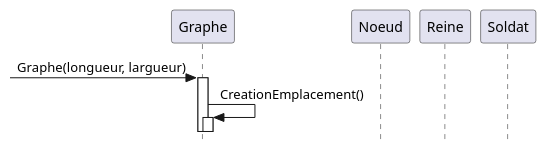
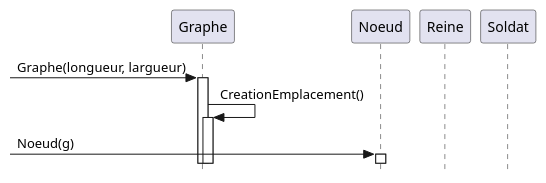
Before and after one commit to jvondermarck/ant-colony: the diagram in plantUML/V1/Fourmis_DS_Iteration.puml, drawn with PlantUML. The commit also changed 10 other files, not shown here.

```diff
--- a/plantUML/V1/Fourmis_DS_Iteration.puml
+++ b/plantUML/V1/Fourmis_DS_Iteration.puml
@@ -1,19 +1,21 @@
 @startuml
 'https://plantuml.com/sequence-diagram
 
 skinparam style strictuml
 skinparam responseMessageBelowArrow true
 hide footbox
 'autonumber
 
 participant "Graphe" as graphe
 participant "Noeud" as noeud
 participant "Reine" as reine
 participant "Soldat" as soldat
 
 -> graphe++:Graphe(longueur, largueur)
 graphe -> graphe++ : CreationEmplacement()
 
+-> noeud++:Noeud(g)
+
 
 
 @enduml
```
